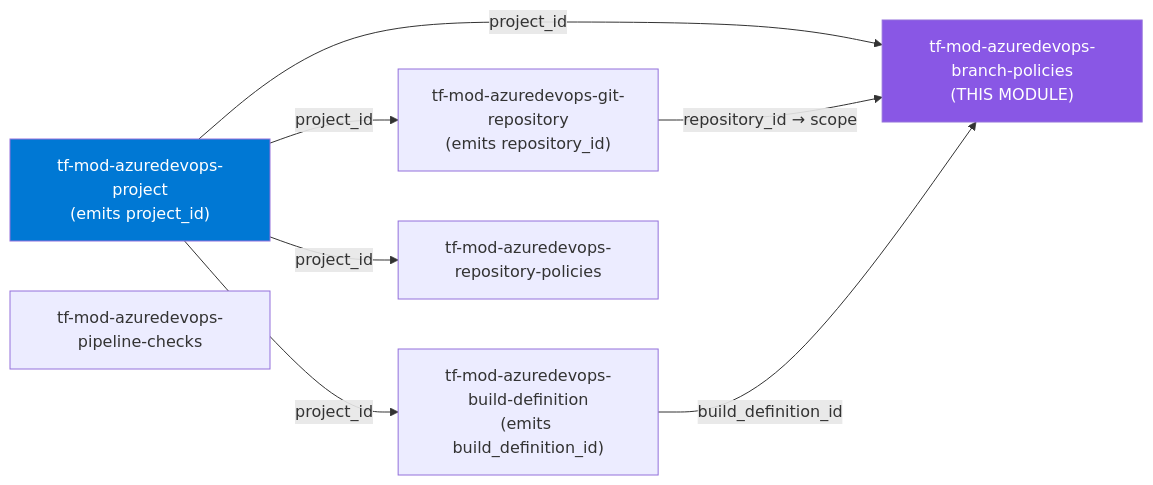
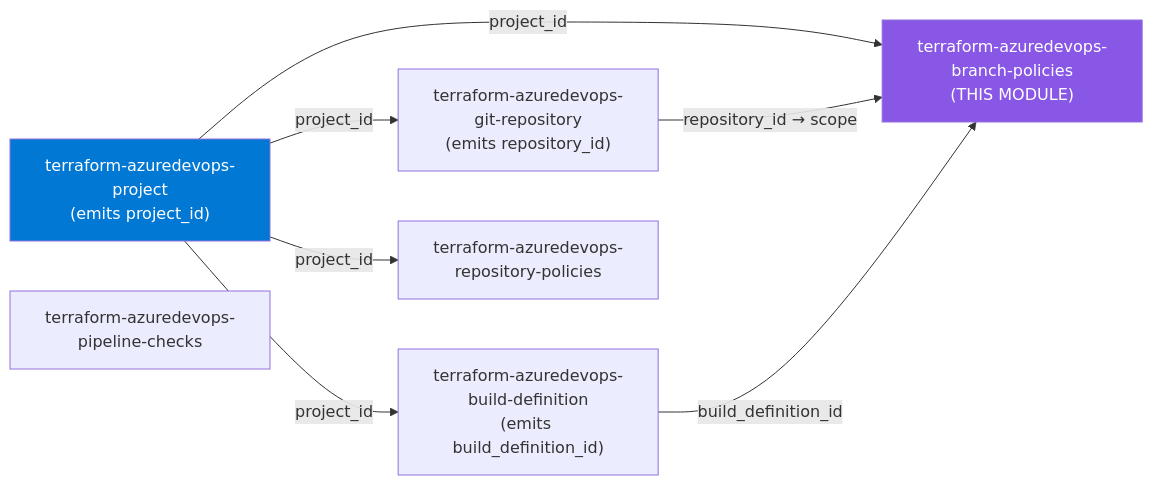
The first of 2 diagrams in README.md (microsoftexpert/terraform-azuredevops-branch-policies), drawn with Mermaid before and after one commit. The commit also changed other lines of this file and 2 other files, not shown here.

````diff
--- a/README.md
+++ b/README.md
@@ -41,19 +41,19 @@
 ```mermaid
 flowchart LR
- project["tf-mod-azuredevops-project<br/>(emits project_id)"]
- repo["tf-mod-azuredevops-git-repository<br/>(emits repository_id)"]
- build["tf-mod-azuredevops-build-definition<br/>(emits build_definition_id)"]
- bp["tf-mod-azuredevops-branch-policies<br/>(THIS MODULE)"]
- repopol["tf-mod-azuredevops-repository-policies"]
- checks["tf-mod-azuredevops-pipeline-checks"]
+ project["terraform-azuredevops-project<br/>(emits project_id)"]
+ repo["terraform-azuredevops-git-repository<br/>(emits repository_id)"]
+ build["terraform-azuredevops-build-definition<br/>(emits build_definition_id)"]
+ bp["terraform-azuredevops-branch-policies<br/>(THIS MODULE)"]
+ repopol["terraform-azuredevops-repository-policies"]
+ checks["terraform-azuredevops-pipeline-checks"]
 
  project -->|project_id| repo
  project -->|project_id| build
  project -->|project_id| bp
  project -->|project_id| repopol
  repo -->|repository_id → scope| bp
  build -->|build_definition_id| bp
 
  style bp fill:#8957E5,color:#fff
  style project fill:#0078D4,color:#fff
 ```
````
